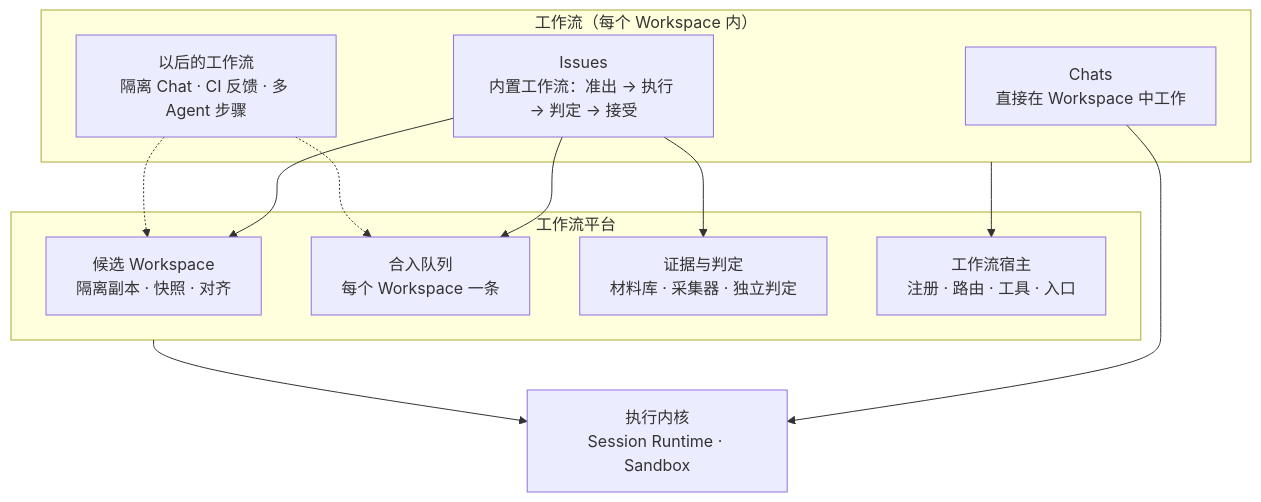
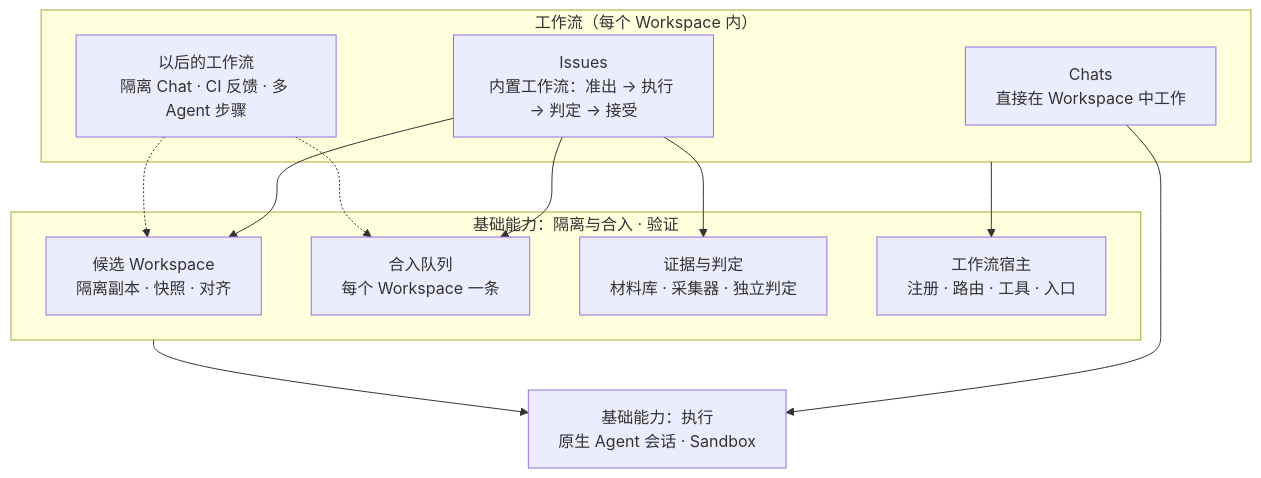
Before and after one commit to BD777/foundry: the diagram in docs/workflow-platform.md, drawn with Mermaid. The commit also changed other lines of this file and 15 other files, not shown here.

First line of the commit message:
docs: foundations-first architecture, README overview and layered roadmap

````diff
--- a/docs/workflow-platform.md
+++ b/docs/workflow-platform.md
@@ -40,23 +42,23 @@
 ```mermaid
 flowchart TB
     subgraph WF["工作流（每个 Workspace 内）"]
         CHAT["Chats<br/>直接在 Workspace 中工作"]
         ISS["Issues<br/>内置工作流：准出 → 执行 → 判定 → 接受"]
         NEXT["以后的工作流<br/>隔离 Chat · CI 反馈 · 多 Agent 步骤"]
     end
-    subgraph WP["工作流平台"]
+    subgraph WP["基础能力：隔离与合入 · 验证"]
         CAND["候选 Workspace<br/>隔离副本 · 快照 · 对齐"]
         QUEUE["合入队列<br/>每个 Workspace 一条"]
         EVID["证据与判定<br/>材料库 · 采集器 · 独立判定"]
         HOST["工作流宿主<br/>注册 · 路由 · 工具 · 入口"]
     end
-    KERNEL["执行内核<br/>Session Runtime · Sandbox"]
+    KERNEL["基础能力：执行<br/>原生 Agent 会话 · Sandbox"]
     ISS --> CAND
     ISS --> QUEUE
     ISS --> EVID
     NEXT -.-> CAND
     NEXT -.-> QUEUE
     WF --> HOST
     WP --> KERNEL
     CHAT --> KERNEL
 ```
````
